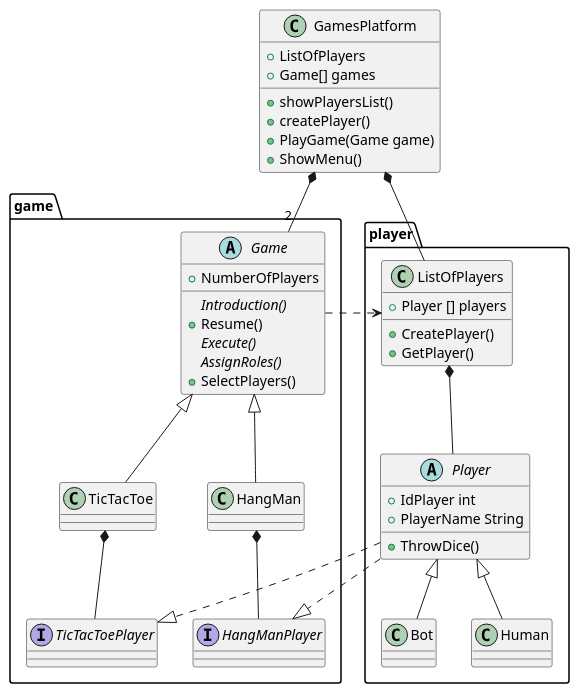
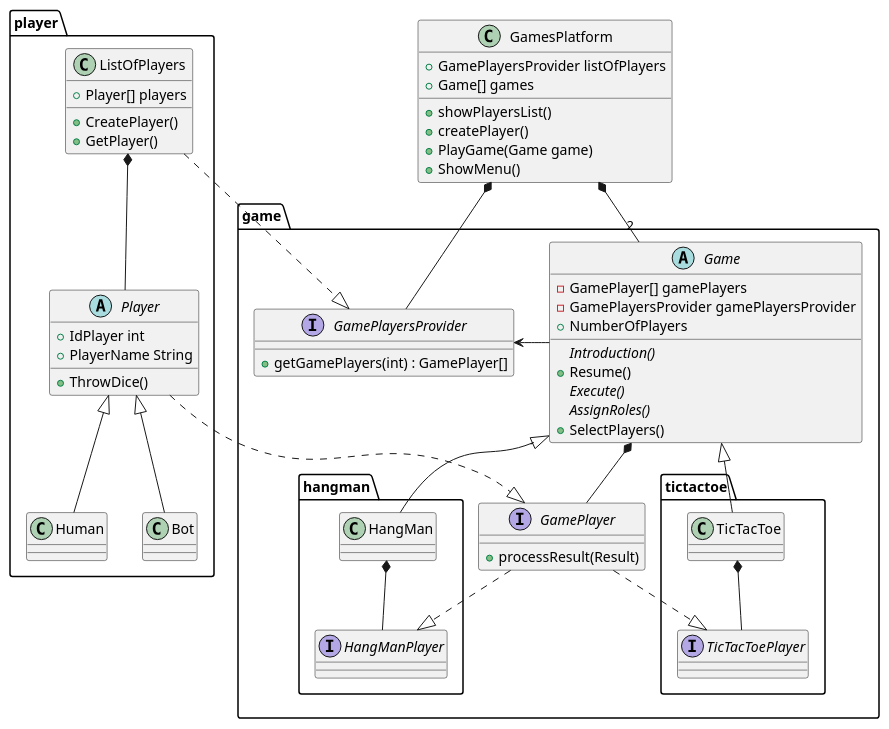
The diagram in diagrams/ClassDiagramMain.wsd (Gabs16TL/Games_Platform), drawn with PlantUML before and after one commit. The commit also changed 1 other file, not shown here.

Commit message:
Se desacoplo de la clase ListOfPlayers

```diff
--- a/diagrams/ClassDiagramMain.wsd
+++ b/diagrams/ClassDiagramMain.wsd
@@ -1,73 +1,88 @@
 @startuml
 
 class GamesPlatform {
-    +ListOfPlayers
+    +GamePlayersProvider listOfPlayers
     +showPlayersList()
     +createPlayer()
     +PlayGame(Game game)
     +Game[] games
     +ShowMenu()
 }
 
 package game {
     abstract class Game {
+        - GamePlayer[] gamePlayers
+        - GamePlayersProvider gamePlayersProvider
         +NumberOfPlayers
         {abstract}Introduction()
         +Resume()
         {abstract}Execute()
         {abstract}AssignRoles()
         +SelectPlayers()
     }
-    class TicTacToe {
+    package tictactoe {
+        class TicTacToe {
 
+        }
+        interface TicTacToePlayer {
+
+        }
     }
-    class HangMan {
-        
+    package hangman {
+        class HangMan {
+            
+        }
+        interface HangManPlayer{
+
+        }
     }
-    interface HangManPlayer{
-
+    interface GamePlayer {
+        + processResult(Result)
     }
-
-    interface TicTacToePlayer {
-
+    interface GamePlayersProvider {
+        + getGamePlayers(int) : GamePlayer[]
     }
 }
 
 package player {
     abstract class Player {
         +IdPlayer int
         +PlayerName String
         +ThrowDice()
     }
     class ListOfPlayers {
-        
-        +Player [] players
+        +Player[] players
         +CreatePlayer()
         +GetPlayer()
     }
     class Bot {
 
     }
     class Human {
 
     }
 }
 
 GamesPlatform *-- "2" Game
-GamesPlatform *-- ListOfPlayers
+GamesPlatform *-- GamePlayersProvider
 
 Game <|-- TicTacToe
 Game <|-- HangMan
+Game -right-> GamePlayersProvider
+
 Player <|-- Bot
 Player <|-- Human
-Player ..|>HangManPlayer
-Player ..|>TicTacToePlayer
+Player ..|> GamePlayer
 
-Game ..> ListOfPlayers
+Game *-- GamePlayer
 
 ListOfPlayers *-- Player
+ListOfPlayers ..|> GamePlayersProvider
 
 TicTacToe *-- TicTacToePlayer
 HangMan *-- HangManPlayer
 
+GamePlayer ..|> TicTacToePlayer
+GamePlayer ..|> HangManPlayer
+
 @enduml
```
